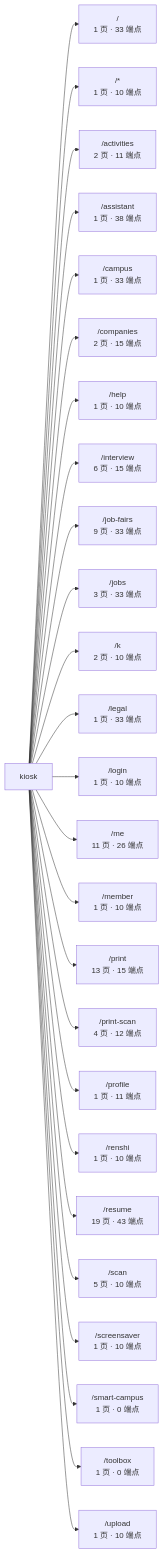
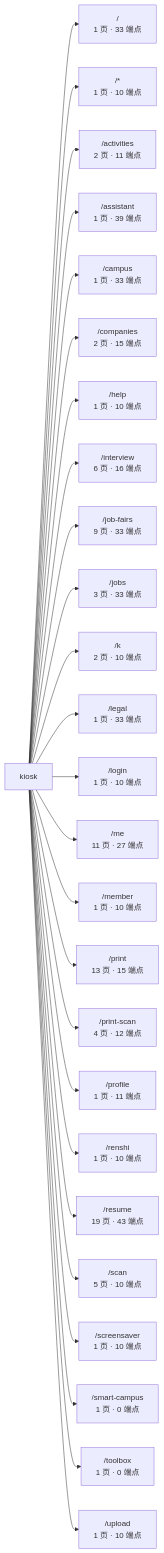
One commit to wanglei581/YITIJI changed the first of 3 diagrams in docs/graph/routes.md. Above: the diagram before and after it, drawn with Mermaid. The commit also changed other lines of this file and 6 other files, not shown here.

First line of the commit message:
简历失败页与报告说明页：本机没配官方渠道时不显示那一行；作答中模型临时报错也给「带走本场问答」；进度与图谱

````diff
--- a/docs/graph/routes.md
+++ b/docs/graph/routes.md
@@ -17,29 +17,29 @@
 ```mermaid
 flowchart LR
   app["kiosk"]
   app --> _root_["/<br/>1 页 · 33 端点"]
   app --> _["/*<br/>1 页 · 10 端点"]
   app --> activities["/activities<br/>2 页 · 11 端点"]
-  app --> assistant["/assistant<br/>1 页 · 38 端点"]
+  app --> assistant["/assistant<br/>1 页 · 39 端点"]
   app --> campus["/campus<br/>1 页 · 33 端点"]
   app --> companies["/companies<br/>2 页 · 15 端点"]
   app --> help["/help<br/>1 页 · 10 端点"]
-  app --> interview["/interview<br/>6 页 · 15 端点"]
+  app --> interview["/interview<br/>6 页 · 16 端点"]
   app --> job_fairs["/job-fairs<br/>9 页 · 33 端点"]
   app --> jobs["/jobs<br/>3 页 · 33 端点"]
   app --> k["/k<br/>2 页 · 10 端点"]
   app --> legal["/legal<br/>1 页 · 33 端点"]
   app --> login["/login<br/>1 页 · 10 端点"]
-  app --> me["/me<br/>11 页 · 26 端点"]
+  app --> me["/me<br/>11 页 · 27 端点"]
   app --> member["/member<br/>1 页 · 10 端点"]
   app --> print["/print<br/>13 页 · 15 端点"]
   app --> print_scan["/print-scan<br/>4 页 · 12 端点"]
   app --> profile["/profile<br/>1 页 · 11 端点"]
   app --> renshi["/renshi<br/>1 页 · 10 端点"]
   app --> resume["/resume<br/>19 页 · 43 端点"]
   app --> scan["/scan<br/>5 页 · 10 端点"]
   app --> screensaver["/screensaver<br/>1 页 · 10 端点"]
   app --> smart_campus["/smart-campus<br/>1 页 · 0 端点"]
   app --> toolbox["/toolbox<br/>1 页 · 0 端点"]
   app --> upload["/upload<br/>1 页 · 10 端点"]
 ```
````
